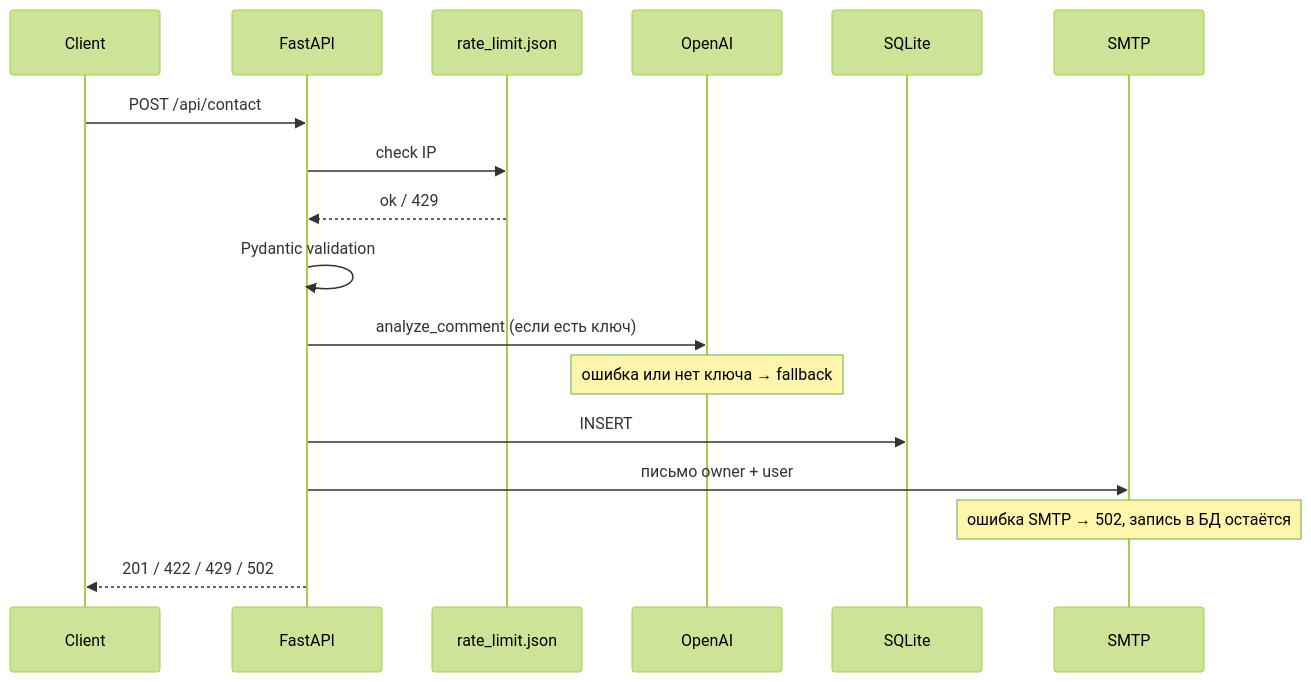
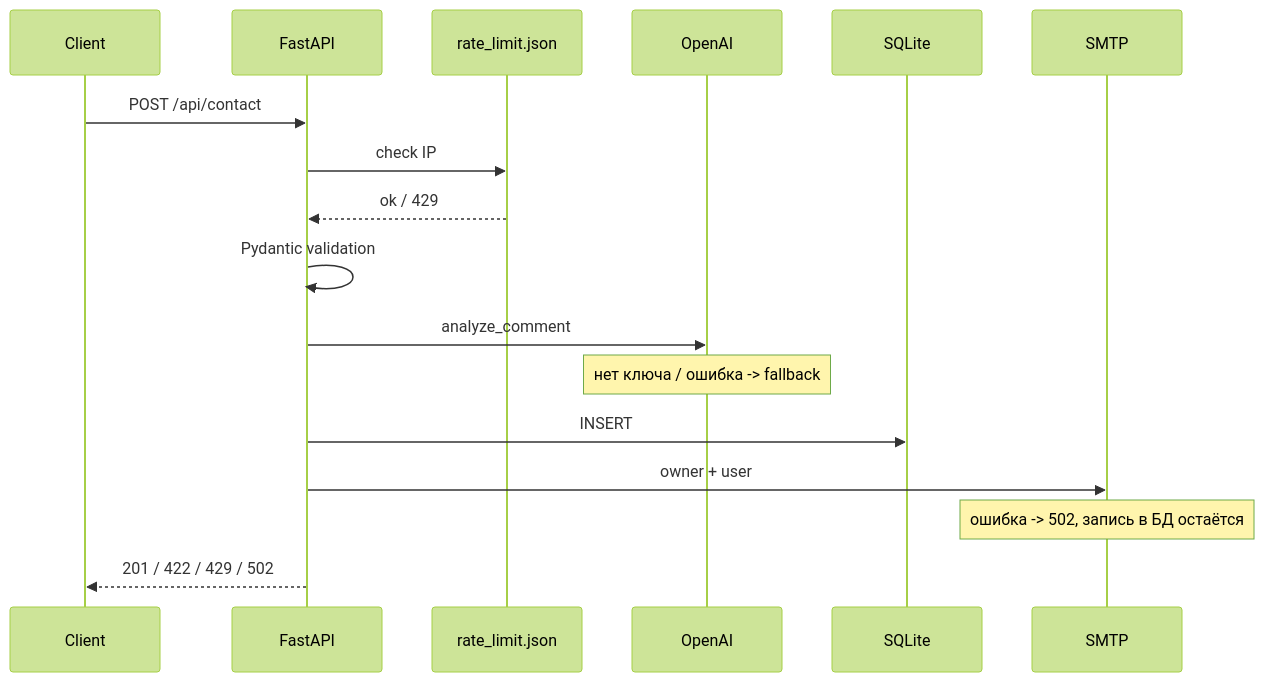
Before and after one commit to DDoSKudya/dev-landing-api: the diagram in README.md, drawn with Mermaid (forest theme). The commit also changed other lines of this file, not shown here.

````diff
--- a/README.md
+++ b/README.md
@@ -130,20 +242,20 @@
 ```mermaid
 sequenceDiagram
   participant Client
   participant API as FastAPI
   participant RL as rate_limit.json
   participant AI as OpenAI
   participant DB as SQLite
   participant SMTP
 
   Client->>API: POST /api/contact
   API->>RL: check IP
   RL-->>API: ok / 429
   API->>API: Pydantic validation
-  API->>AI: analyze_comment (если есть ключ)
-  Note over AI: ошибка или нет ключа → fallback
+  API->>AI: analyze_comment
+  Note over AI: нет ключа / ошибка -> fallback
   API->>DB: INSERT
-  API->>SMTP: письмо owner + user
-  Note over SMTP: ошибка SMTP → 502, запись в БД остаётся
+  API->>SMTP: owner + user
+  Note over SMTP: ошибка -> 502, запись в БД остаётся
   API-->>Client: 201 / 422 / 429 / 502
 ```
````
